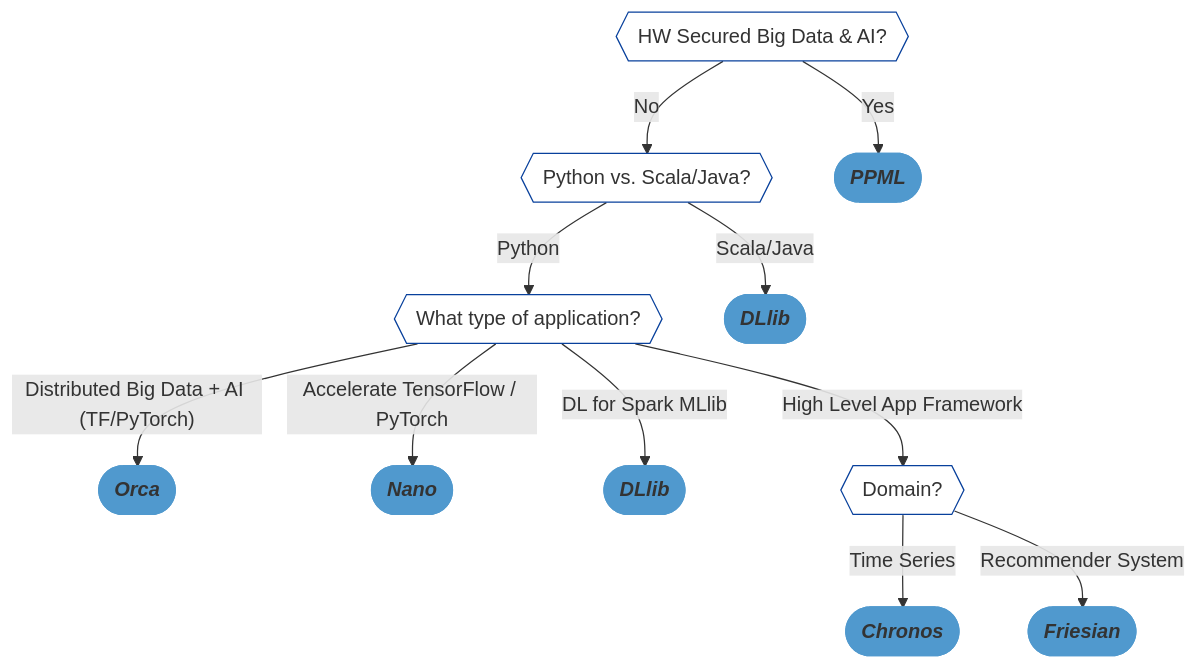
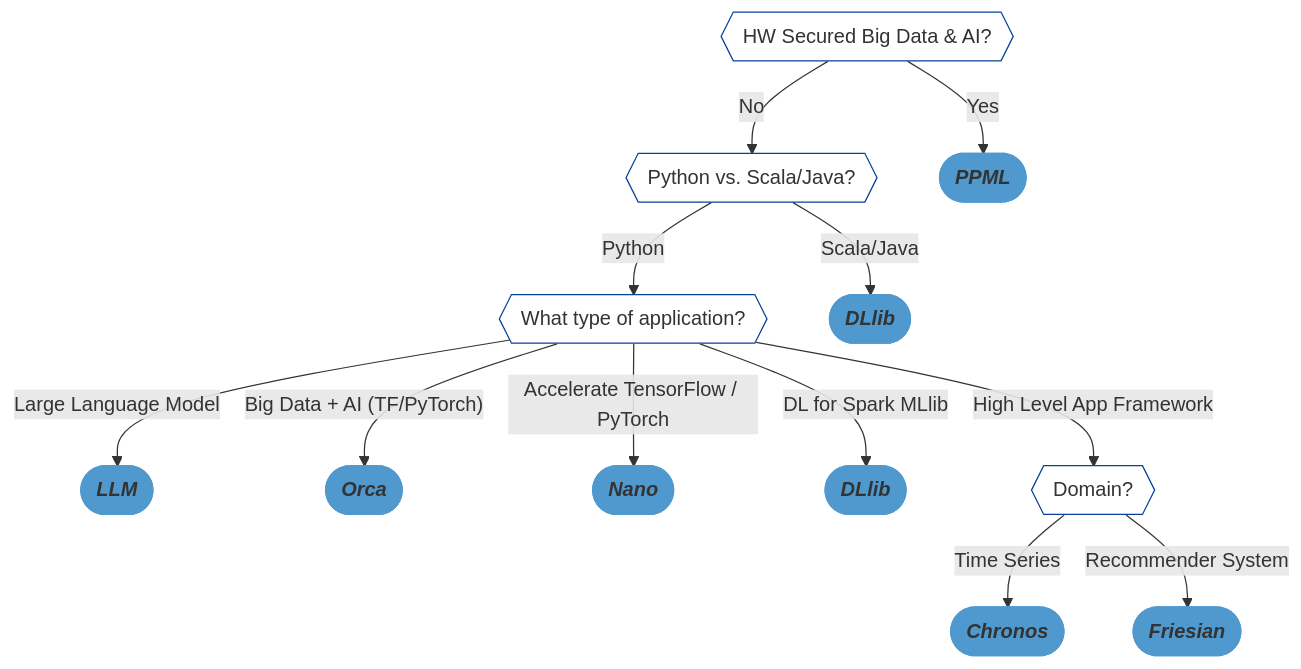
One commit to intel-analytics/ipex-llm changed the diagram in README.md. Above: the diagram before and after it, drawn with Mermaid.

````diff
--- a/README.md
+++ b/README.md
@@ -45,28 +45,30 @@
 ```mermaid
 flowchart TD;
     Feature1{{HW Secured Big Data & AI?}};
     Feature1-- No -->Feature2{{Python vs. Scala/Java?}};
     Feature1-- "Yes"  -->ReferPPML([<em><strong>PPML</strong></em>]);
     Feature2-- Python -->Feature3{{What type of application?}};
     Feature2-- Scala/Java -->ReferDLlib([<em><strong>DLlib</strong></em>]);
-    Feature3-- "Distributed Big Data + AI (TF/PyTorch)" -->ReferOrca([<em><strong>Orca</strong></em>]);
+    Feature3-- "Large Language Model" -->ReferLLM([<em><strong>LLM</strong></em>]);
+    Feature3-- "Big Data + AI (TF/PyTorch)" -->ReferOrca([<em><strong>Orca</strong></em>]);
     Feature3-- Accelerate TensorFlow / PyTorch -->ReferNano([<em><strong>Nano</strong></em>]);
     Feature3-- DL for Spark MLlib -->ReferDLlib2([<em><strong>DLlib</strong></em>]);
     Feature3-- High Level App Framework -->Feature4{{Domain?}};
     Feature4-- Time Series -->ReferChronos([<em><strong>Chronos</strong></em>]);
     Feature4-- Recommender System -->ReferFriesian([<em><strong>Friesian</strong></em>]);
     
+    click ReferLLM "https://github.com/intel-analytics/bigdl/tree/main/python/llm"
     click ReferNano "https://github.com/intel-analytics/bigdl#nano"
     click ReferOrca "https://github.com/intel-analytics/bigdl#orca"
     click ReferDLlib "https://github.com/intel-analytics/bigdl#dllib"
     click ReferDLlib2 "https://github.com/intel-analytics/bigdl#dllib"
     click ReferChronos "https://github.com/intel-analytics/bigdl#chronos"
     click ReferFriesian "https://github.com/intel-analytics/bigdl#friesian"
     click ReferPPML "https://github.com/intel-analytics/bigdl#ppml"
     
     classDef ReferStyle1 fill:#5099ce,stroke:#5099ce;
     classDef Feature fill:#FFF,stroke:#08409c,stroke-width:1px;
-    class ReferNano,ReferOrca,ReferDLlib,ReferDLlib2,ReferChronos,ReferFriesian,ReferPPML ReferStyle1;
+    class ReferLLM,ReferNano,ReferOrca,ReferDLlib,ReferDLlib2,ReferChronos,ReferFriesian,ReferPPML ReferStyle1;
     class Feature1,Feature2,Feature3,Feature4,Feature5,Feature6,Feature7 Feature;
     
 ```
````
